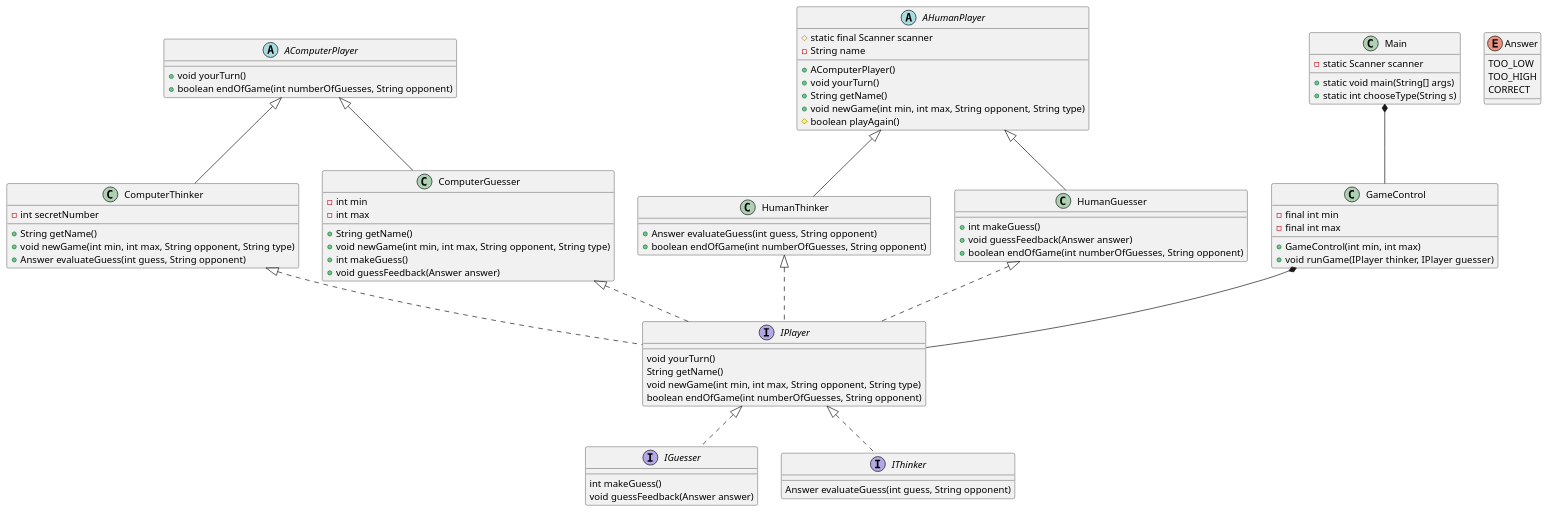
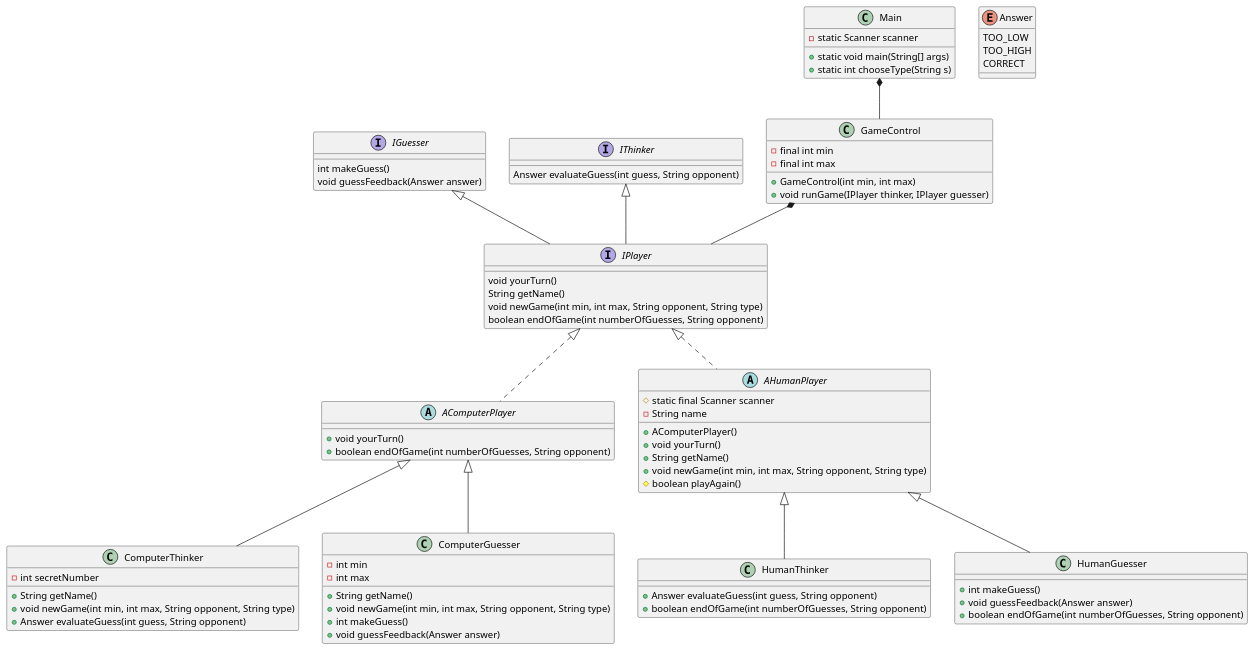
The diagram in Documentation/Documentation.puml (Peter537/GuessANumberGame), drawn with PlantUML before and after one commit.

```diff
--- a/Documentation/Documentation.puml
+++ b/Documentation/Documentation.puml
@@ -1,117 +1,104 @@
 @startuml
 
 '------------------
 ' INTERFACES
 '------------------
 
-interface IPlayer {
+interface IPlayer implements IGuesser, IThinker{
     void yourTurn()
     String getName()
     void newGame(int min, int max, String opponent, String type)
     boolean endOfGame(int numberOfGuesses, String opponent)
 }
 
 interface IGuesser {
     int makeGuess()
     void guessFeedback(Answer answer)
 }
 
 interface IThinker {
     Answer evaluateGuess(int guess, String opponent)
 }
 
 '------------------
 ' ABSTRACT CLASSES
 '------------------
 
-abstract class AComputerPlayer {
+abstract class AComputerPlayer implements IPlayer {
     + void yourTurn()
     + boolean endOfGame(int numberOfGuesses, String opponent)
 }
 
-abstract class AHumanPlayer {
+abstract class AHumanPlayer implements IPlayer {
     # static final Scanner scanner
     - String name
     + AComputerPlayer()
     + void yourTurn()
     + String getName()
     + void newGame(int min, int max, String opponent, String type)
     # boolean playAgain()
 }
 
 '------------------
 ' CLASSES
 '------------------
 
-class ComputerThinker {
+class ComputerThinker extends AComputerPlayer {
     - int secretNumber
     + String getName()
     + void newGame(int min, int max, String opponent, String type)
     + Answer evaluateGuess(int guess, String opponent)
 }
 
-class ComputerGuesser {
+class ComputerGuesser extends AComputerPlayer {
     - int min
     - int max
     + String getName()
     + void newGame(int min, int max, String opponent, String type)
     + int makeGuess()
     + void guessFeedback(Answer answer)
 }
 
-class HumanThinker {
+class HumanThinker extends AHumanPlayer {
     + Answer evaluateGuess(int guess, String opponent)
     + boolean endOfGame(int numberOfGuesses, String opponent)
 }
 
-class HumanGuesser {
+class HumanGuesser extends AHumanPlayer {
     + int makeGuess()
     + void guessFeedback(Answer answer)
     + boolean endOfGame(int numberOfGuesses, String opponent)
 }
 
 class GameControl {
     - final int min
     - final int max
     + GameControl(int min, int max)
     + void runGame(IPlayer thinker, IPlayer guesser)
 }
 
 class Main {
     - static Scanner scanner
     + static void main(String[] args)
     + static int chooseType(String s)
 }
 
 '------------------
 ' ENUMS
 '------------------
 
 enum Answer {
     TOO_LOW
     TOO_HIGH
     CORRECT
 }
 
 '------------------
 ' RELATIONS
 '------------------
 
 Main *-- GameControl
 
 GameControl *-- IPlayer
 
-IPlayer <|.. IThinker
-IPlayer <|.. IGuesser
-
-ComputerThinker <|.. IPlayer
-ComputerGuesser <|.. IPlayer
-HumanThinker <|.. IPlayer
-HumanGuesser <|.. IPlayer
-
-AComputerPlayer <|-- ComputerThinker
-AComputerPlayer <|-- ComputerGuesser
-AHumanPlayer <|-- HumanThinker
-AHumanPlayer <|-- HumanGuesser
-
 @enduml
```
